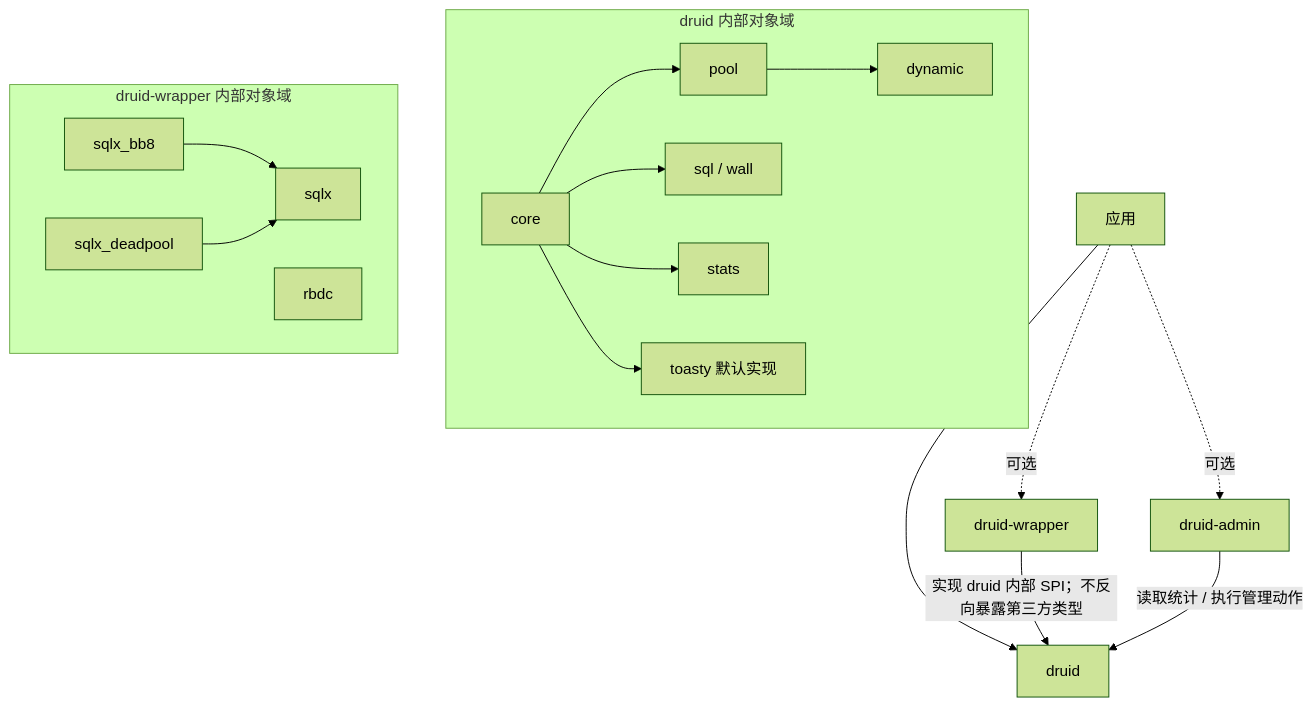
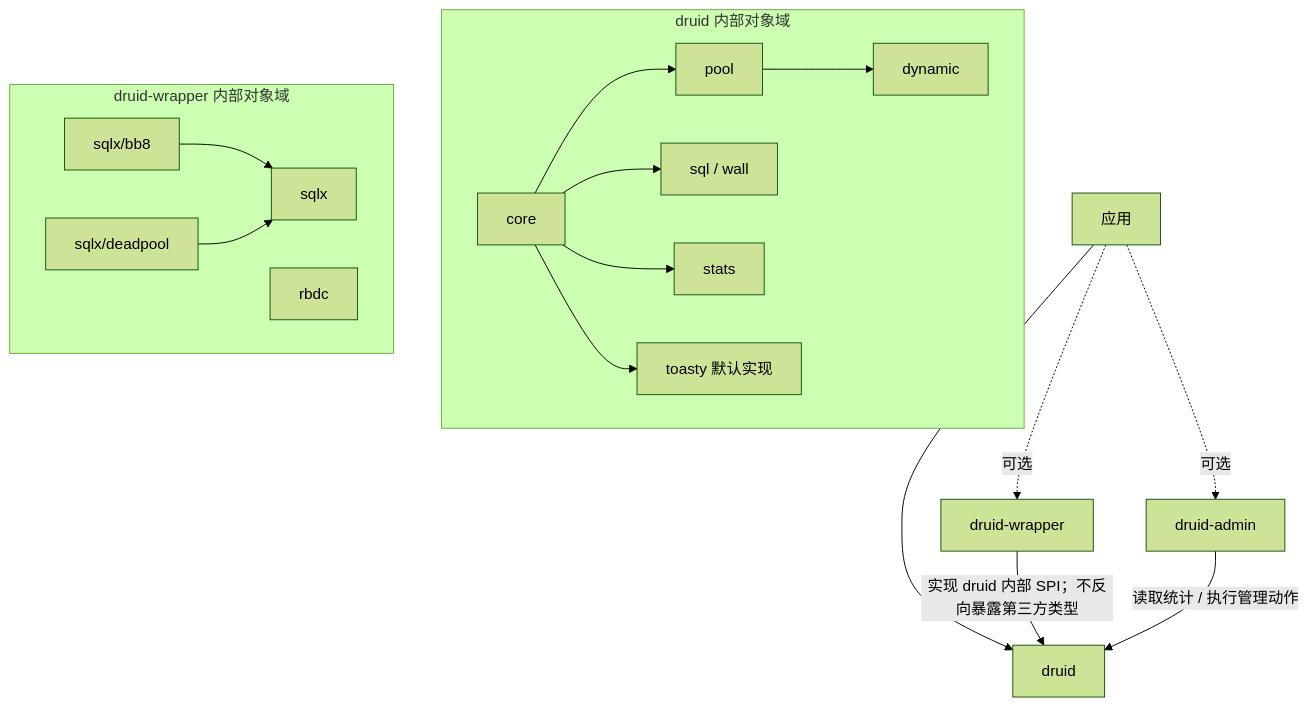
Before and after one commit to easy-4-rust/druid-rust: the ninth of 9 diagrams in docs/连接抽象与驱动适配架构.md, drawn with Mermaid (forest theme). The commit also changed other lines of this file and 196 other files, not shown here.

````diff
--- a/docs/连接抽象与驱动适配架构.md
+++ b/docs/连接抽象与驱动适配架构.md
@@ -913,24 +913,24 @@
 ```mermaid
 flowchart TD
     App["应用"] --> Druid["druid"]
     App -. "可选" .-> Wrapper["druid-wrapper"]
     App -. "可选" .-> Admin["druid-admin"]
 
     Wrapper -->|"实现 druid 内部 SPI；不反向暴露第三方类型"| Druid
     Admin -->|"读取统计 / 执行管理动作"| Druid
 
     subgraph DruidInternal["druid 内部对象域"]
         Core["core"] --> Pool["pool"]
         Core --> Sql["sql / wall"]
         Core --> Stats["stats"]
         Pool --> Dynamic["dynamic"]
         Core --> Toasty["toasty 默认实现"]
     end
 
     subgraph WrapperInternal["druid-wrapper 内部对象域"]
         Sqlx["sqlx"]
         Rbdc["rbdc"]
-        Bb8["sqlx_bb8"] --> Sqlx
-        Deadpool["sqlx_deadpool"] --> Sqlx
+        Bb8["sqlx/bb8"] --> Sqlx
+        Deadpool["sqlx/deadpool"] --> Sqlx
     end
 ```
````
